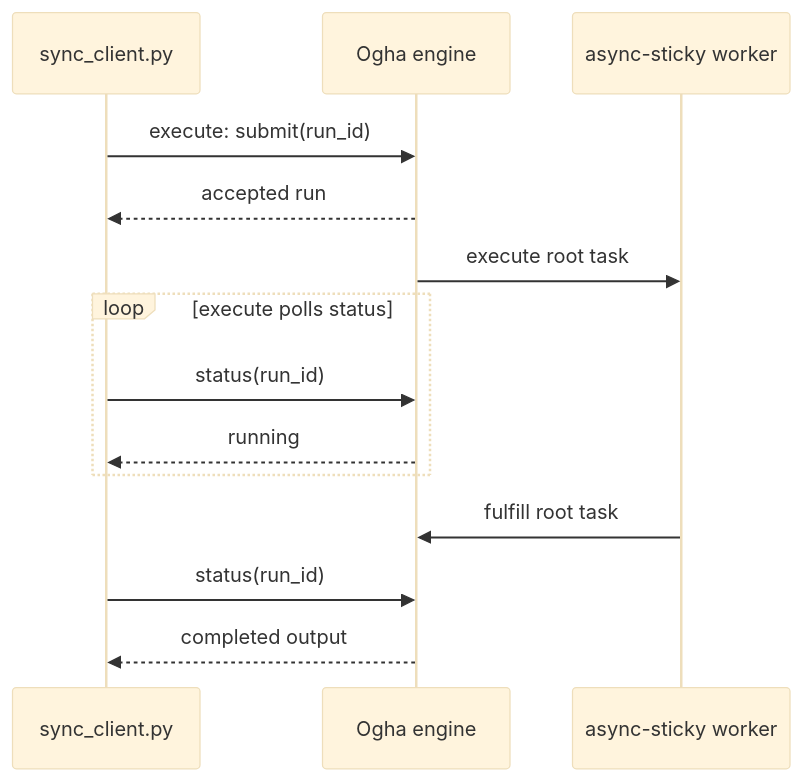
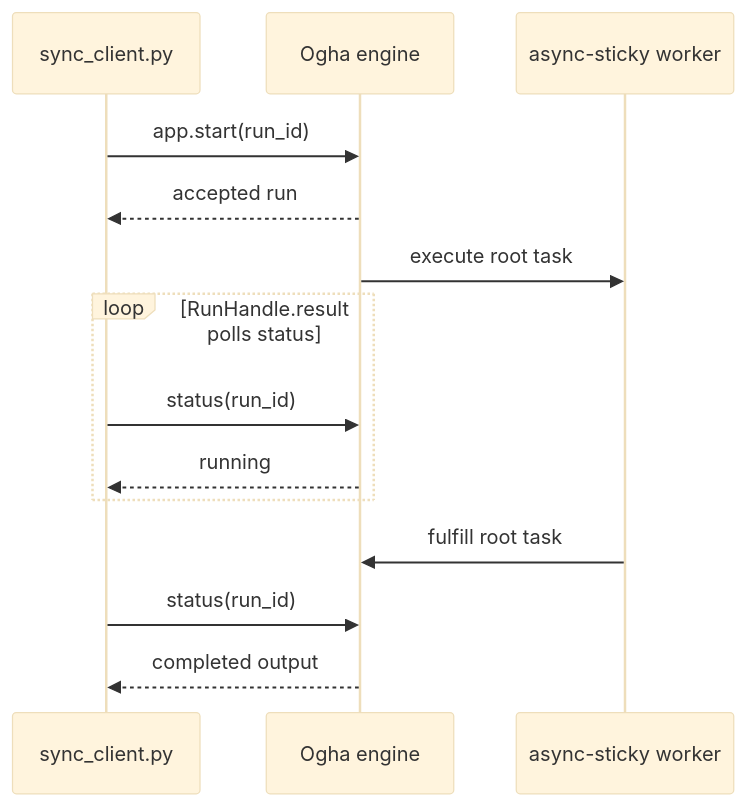
Before and after one commit to vedhlabs/sdk-examples: the second of 2 diagrams in docs/quickstart.md, drawn with Mermaid (base theme). The commit also changed other lines of this file and 54 other files, not shown here.

````diff
--- a/docs/quickstart.md
+++ b/docs/quickstart.md
@@ -76,16 +73,16 @@
 ```mermaid
 sequenceDiagram
     participant C as sync_client.py
     participant E as Ogha engine
     participant W as async-sticky worker
-    C->>E: execute: submit(run_id)
+    C->>E: app.start(run_id)
     E-->>C: accepted run
     E->>W: execute root task
-    loop execute polls status
+    loop RunHandle.result polls status
         C->>E: status(run_id)
         E-->>C: running
     end
     W->>E: fulfill root task
     C->>E: status(run_id)
     E-->>C: completed output
 ```
````
